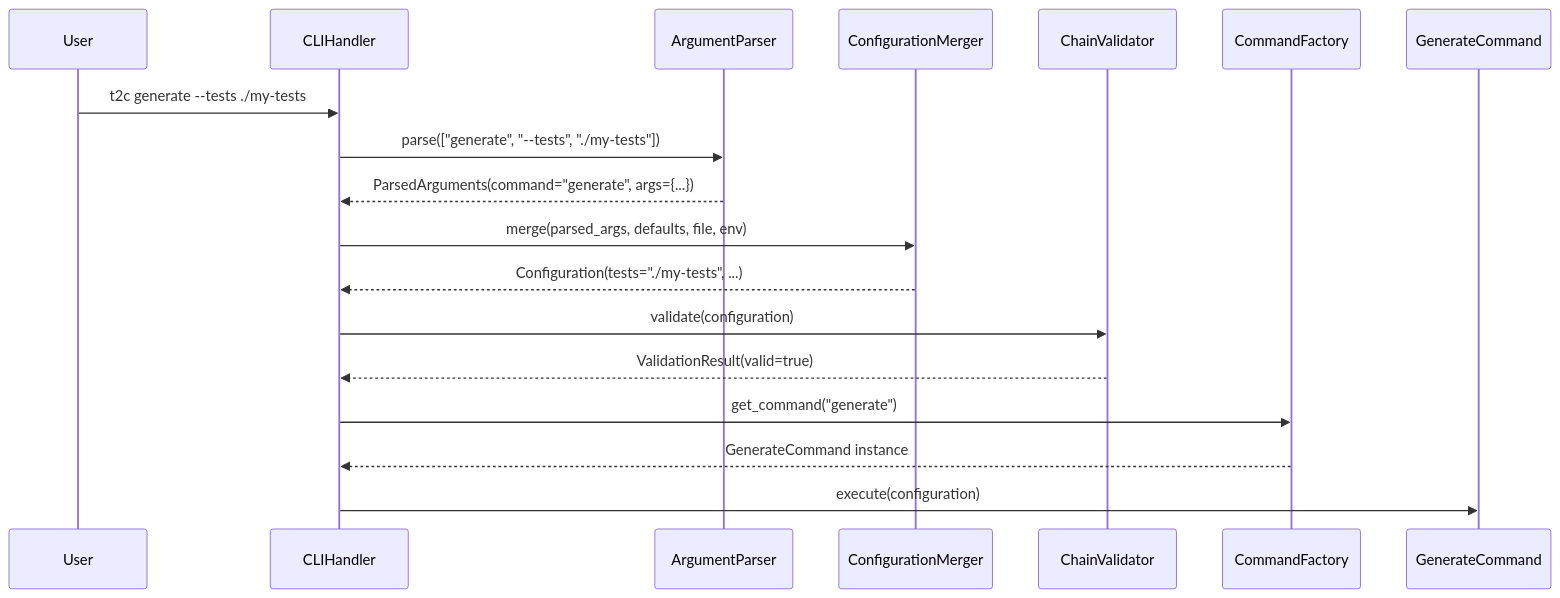
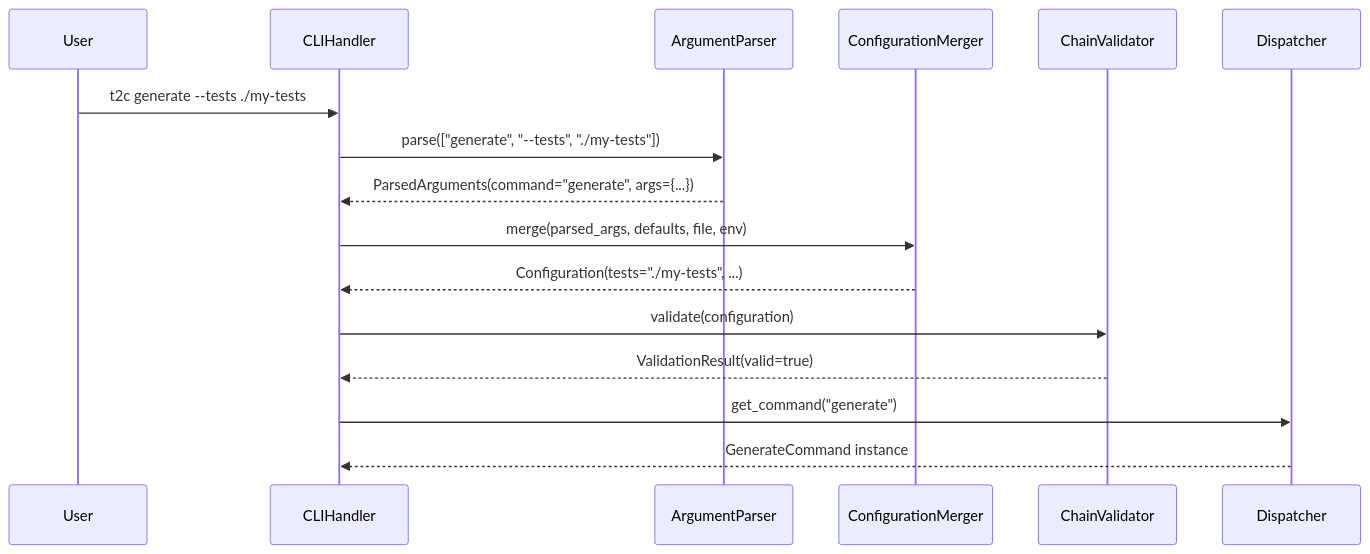
Before and after one commit to FilippoGurioli/test-2-code-llm: the fourth of 5 diagrams in docs/design.md, drawn with Mermaid. The commit also changed other lines of this file and 1 other file, not shown here.

Commit message:
docs: complete detailed design for dispatcher

````diff
--- a/docs/design.md
+++ b/docs/design.md
@@ -137,24 +113,22 @@
 ```mermaid
 sequenceDiagram
     participant User
     participant CLIHandler
     participant ArgumentParser
     participant ConfigurationMerger
     participant ChainValidator
-    participant CommandFactory
+    participant Dispatcher
 
     User->>CLIHandler: t2c generate --tests ./my-tests
     CLIHandler->>ArgumentParser: parse(["generate", "--tests", "./my-tests"])
     ArgumentParser-->>CLIHandler: ParsedArguments(command="generate", args={...})
     
     CLIHandler->>ConfigurationMerger: merge(parsed_args, defaults, file, env)
     ConfigurationMerger-->>CLIHandler: Configuration(tests="./my-tests", ...)
     
     CLIHandler->>ChainValidator: validate(configuration)
     ChainValidator-->>CLIHandler: ValidationResult(valid=true)
     
-    CLIHandler->>CommandFactory: get_command("generate")
-    CommandFactory-->>CLIHandler: GenerateCommand instance
-    
-    CLIHandler->>GenerateCommand: execute(configuration)
+    CLIHandler->>Dispatcher: get_command("generate")
+    Dispatcher-->>CLIHandler: GenerateCommand instance
 ```
````
